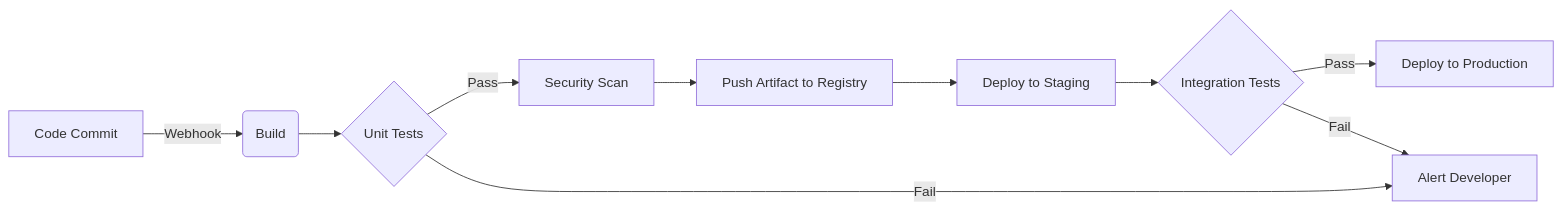
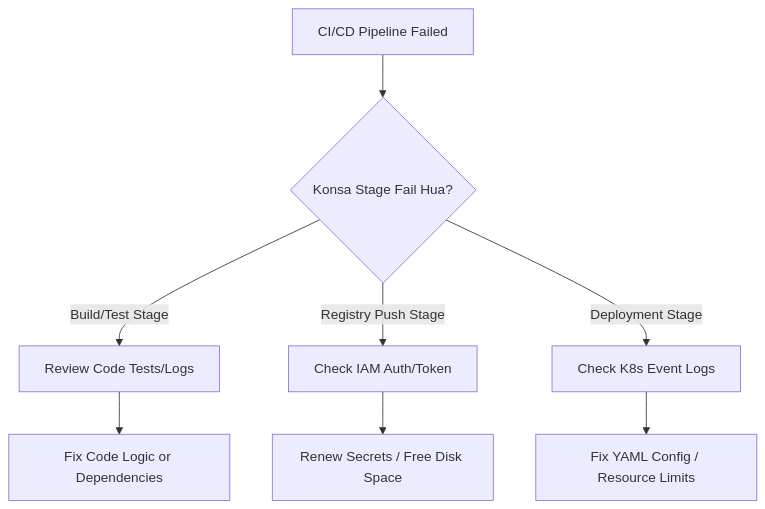
One commit to ashwanisingh2/devops-notes changed the second of 2 diagrams in docs/05-CI-CD/CICD-01 CI-CD Concepts.md. Above: the diagram before and after it, drawn with Mermaid. The commit also changed other lines of this file and 96 other files, not shown here.

````diff
--- a/docs/05-CI-CD/CICD-01 CI-CD Concepts.md
+++ b/docs/05-CI-CD/CICD-01 CI-CD Concepts.md
@@ -42,12 +151,10 @@
 ```mermaid
-flowchart LR
-    A[Code Commit] -->|Webhook| B(Build)
-    B --> C{Unit Tests}
-    C -->|Pass| D[Security Scan]
-    C -->|Fail| Z[Alert Developer]
-    D --> E[Push Artifact to Registry]
-    E --> F[Deploy to Staging]
-    F --> G{Integration Tests}
-    G -->|Pass| H[Deploy to Production]
-    G -->|Fail| Z
+flowchart TD
+    A[CI/CD Pipeline Failed] --> B{Konsa Stage Fail Hua?}
+    B -->|Build/Test Stage| C[Review Code Tests/Logs]
+    C --> D[Fix Code Logic or Dependencies]
+    B -->|Registry Push Stage| E[Check IAM Auth/Token]
+    E --> F[Renew Secrets / Free Disk Space]
+    B -->|Deployment Stage| G[Check K8s Event Logs]
+    G --> H[Fix YAML Config / Resource Limits]
 ```
````
